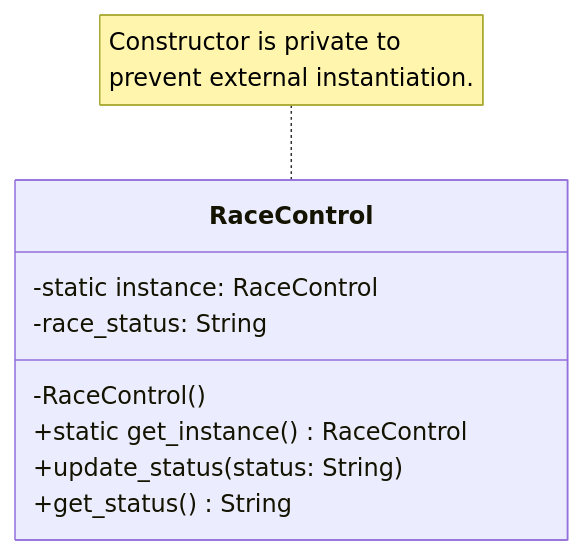
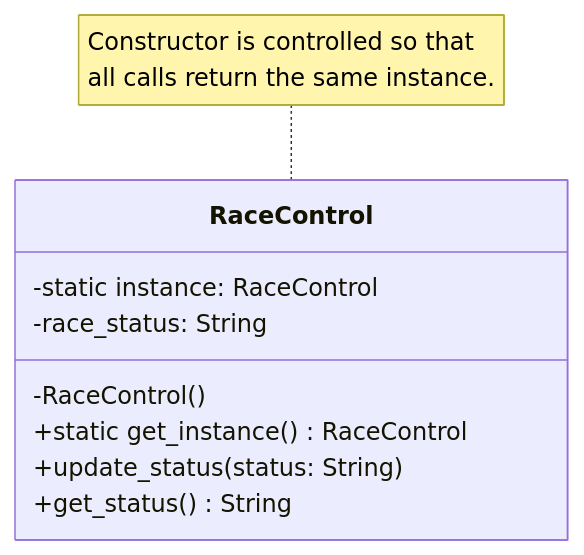
Before and after one commit to 06luki06/F1-Engineering-Lab: the first of 2 diagrams in 01-Design-Patterns/01-Creational/Singleton/README.md, drawn with Mermaid. The commit also changed other lines of this file and 7 other files, not shown here.

First line of the commit message:
Refactor environment configuration and enhance RaceControl implementation

````diff
--- a/01-Design-Patterns/01-Creational/Singleton/README.md
+++ b/01-Design-Patterns/01-Creational/Singleton/README.md
@@ -52,12 +52,12 @@
 ```mermaid
 classDiagram
     class RaceControl {
         -static instance: RaceControl
         -race_status: String
         -RaceControl()
         +static get_instance() RaceControl
         +update_status(status: String)
         +get_status() String
     }
-    note for RaceControl "Constructor is private to </br>prevent external instantiation."
+    note for RaceControl "Constructor is controlled so that</br>all calls return the same instance."
 ```
````
